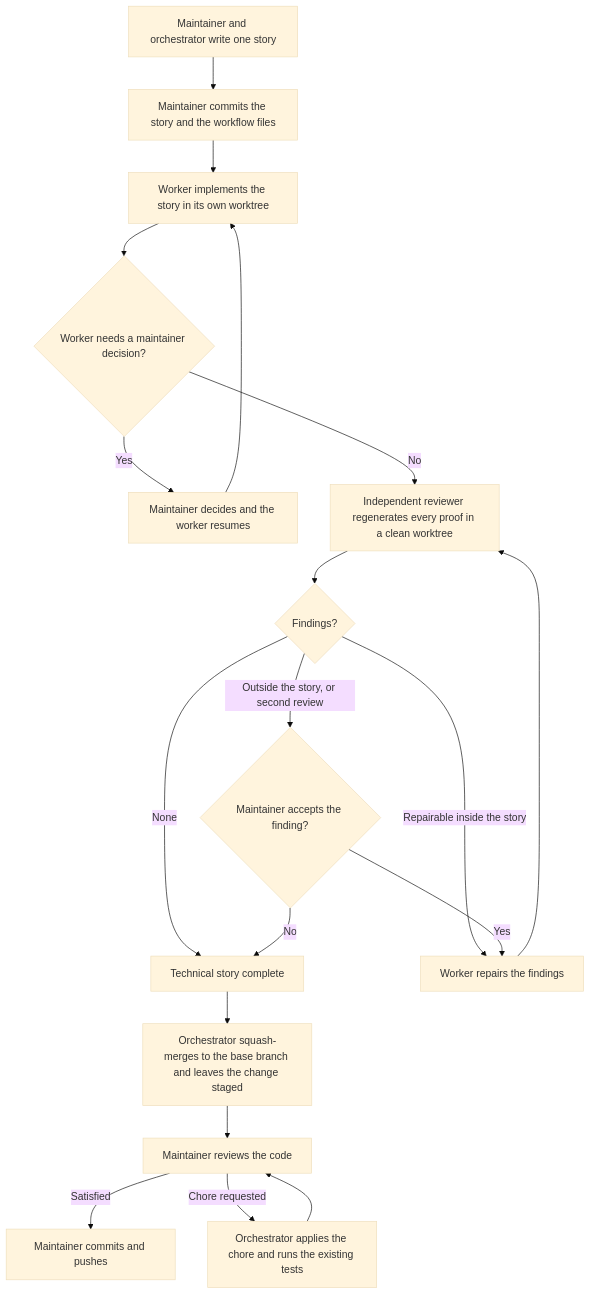
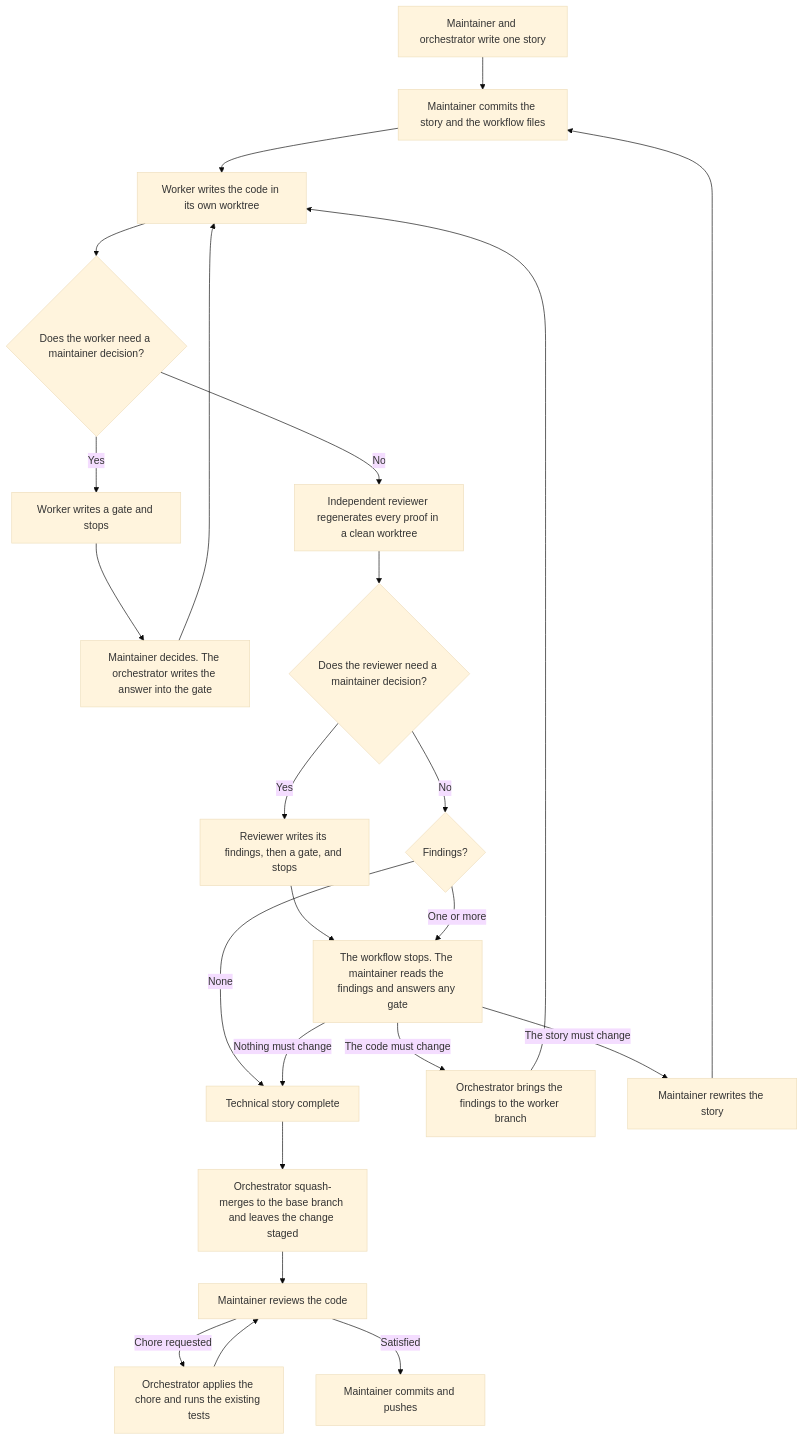
One commit to emilioSp/my-weather-station changed the diagram in CONTRIBUTING.md. Above: the diagram before and after it, drawn with Mermaid (base theme). The commit also changed other lines of this file and 7 other files, not shown here.

````diff
--- a/CONTRIBUTING.md
+++ b/CONTRIBUTING.md
@@ -29,21 +28,26 @@
 ```mermaid
 flowchart TD
     story[Maintainer and orchestrator write one story] --> base[Maintainer commits the story and the workflow files]
-    base --> work[Worker implements the story in its own worktree]
-    work --> workGate{Worker needs a maintainer decision?}
-    workGate -->|Yes| workDecide[Maintainer decides and the worker resumes]
-    workDecide --> work
+    base --> work[Worker writes the code in its own worktree]
+    work --> workGate{Does the worker need a maintainer decision?}
+    workGate -->|Yes| workerGate[Worker writes a gate and stops]
+    workerGate --> workAnswer[Maintainer decides. The orchestrator writes the answer into the gate]
+    workAnswer --> work
     workGate -->|No| review[Independent reviewer regenerates every proof in a clean worktree]
-    review --> findings{Findings?}
+    review --> revGate{Does the reviewer need a maintainer decision?}
+    revGate -->|Yes| reviewerGate[Reviewer writes its findings, then a gate, and stops]
+    reviewerGate --> ball
+    revGate -->|No| findings{Findings?}
     findings -->|None| candidate[Technical story complete]
-    findings -->|Repairable inside the story| repair[Worker repairs the findings]
-    repair --> review
-    findings -->|Outside the story, or second review| reviewGate{Maintainer accepts the finding?}
-    reviewGate -->|Yes| repair
-    reviewGate -->|No| candidate
+    findings -->|One or more| ball[The workflow stops. The maintainer reads the findings and answers any gate]
+    ball -->|Nothing must change| candidate
+    ball -->|The code must change| merge[Orchestrator brings the findings to the worker branch]
+    merge --> work
+    ball -->|The story must change| rewrite[Maintainer rewrites the story]
+    rewrite --> base
     candidate --> staged[Orchestrator squash-merges to the base branch and leaves the change staged]
     staged --> human[Maintainer reviews the code]
-    human -->|Satisfied| push[Maintainer commits and pushes]
     human -->|Chore requested| chore[Orchestrator applies the chore and runs the existing tests]
     chore --> human
+    human -->|Satisfied| push[Maintainer commits and pushes]
 ```
````
